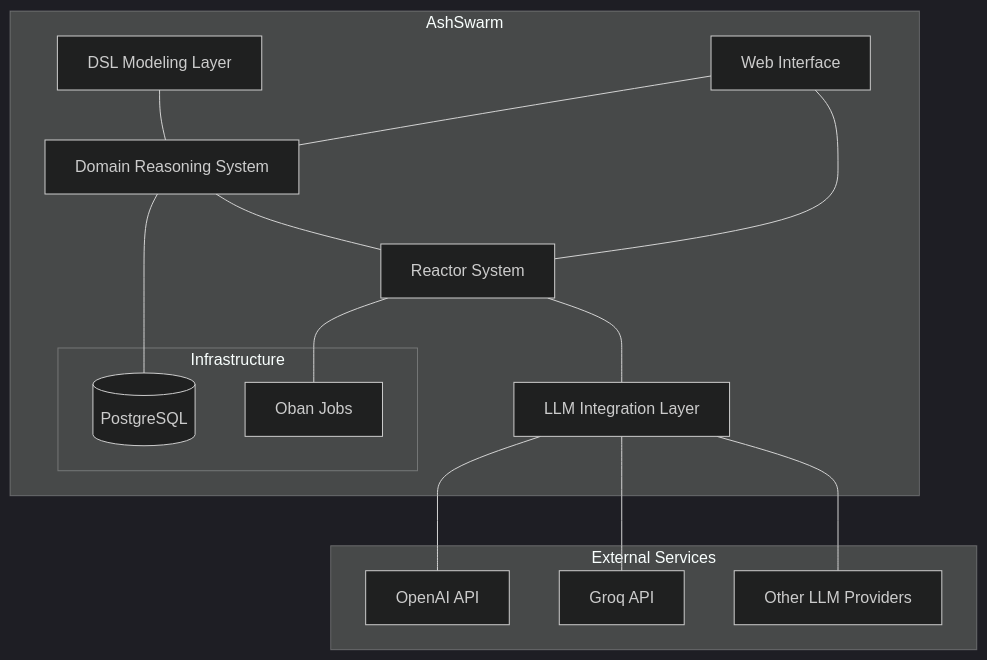
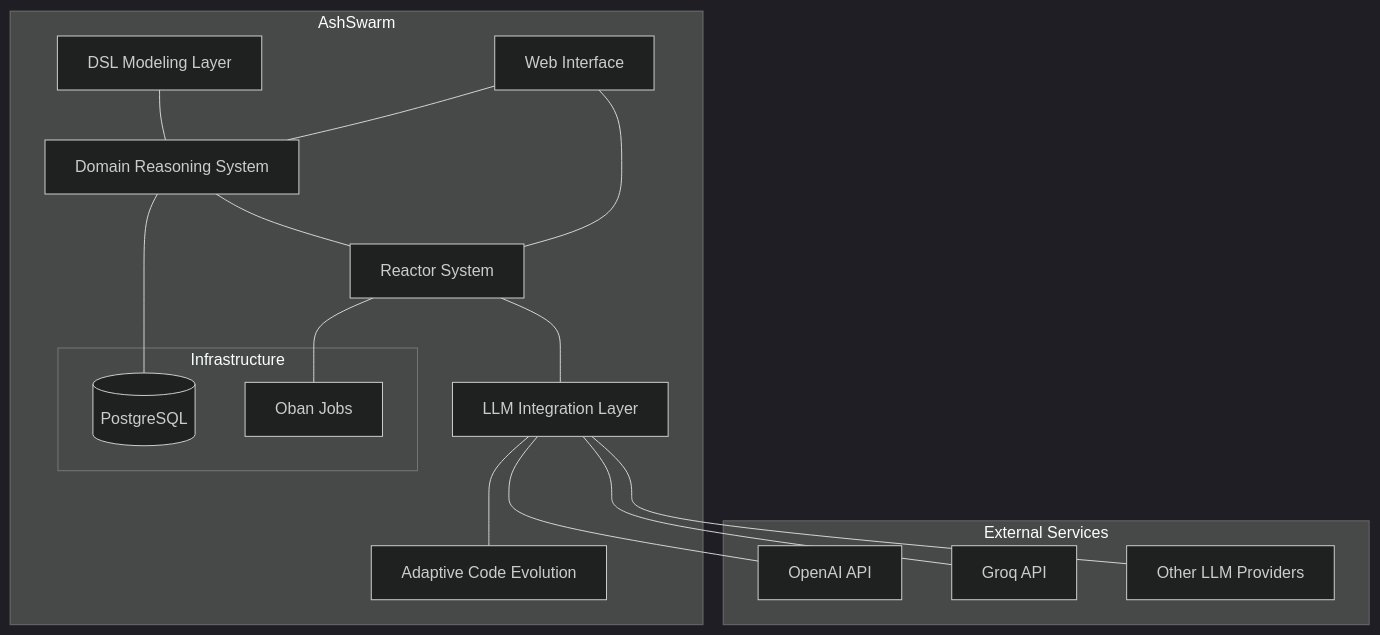
The first of 9 diagrams in docs/component_diagram.md (seanchatmangpt/ash_swarm), drawn with Mermaid (dark theme) before and after one commit. The commit also changed other lines of this file and 4 other files, not shown here.

Commit message:
Update system documentation to include Adaptive Code Evolution feature

````diff
--- a/docs/component_diagram.md
+++ b/docs/component_diagram.md
@@ -7,34 +7,36 @@
 ```mermaid
 graph TB
     subgraph "AshSwarm"
         DSL[DSL Modeling Layer]
         DR[Domain Reasoning System]
         Reactors[Reactor System]
         LLM[LLM Integration Layer]
+        ACE[Adaptive Code Evolution]
         Web[Web Interface]
         
         DSL --- DR
         DR --- Reactors
         Reactors --- LLM
         Web --- Reactors
         Web --- DR
+        LLM --- ACE
         
         subgraph "Infrastructure"
             DB[(PostgreSQL)]
             Oban[Oban Jobs]
         end
         
         Reactors --- Oban
         DR --- DB
     end
     
     subgraph "External Services"
         OpenAI[OpenAI API]
         Groq[Groq API]
         Other[Other LLM Providers]
     end
     
     LLM --- OpenAI
     LLM --- Groq
     LLM --- Other
 ```
````
